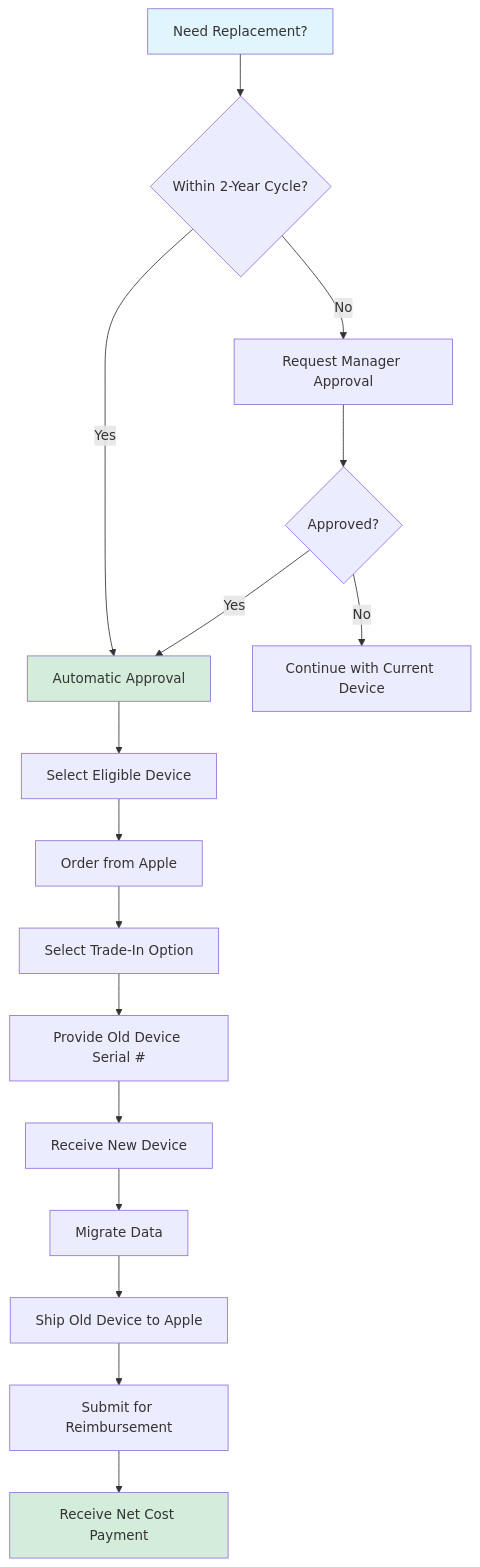
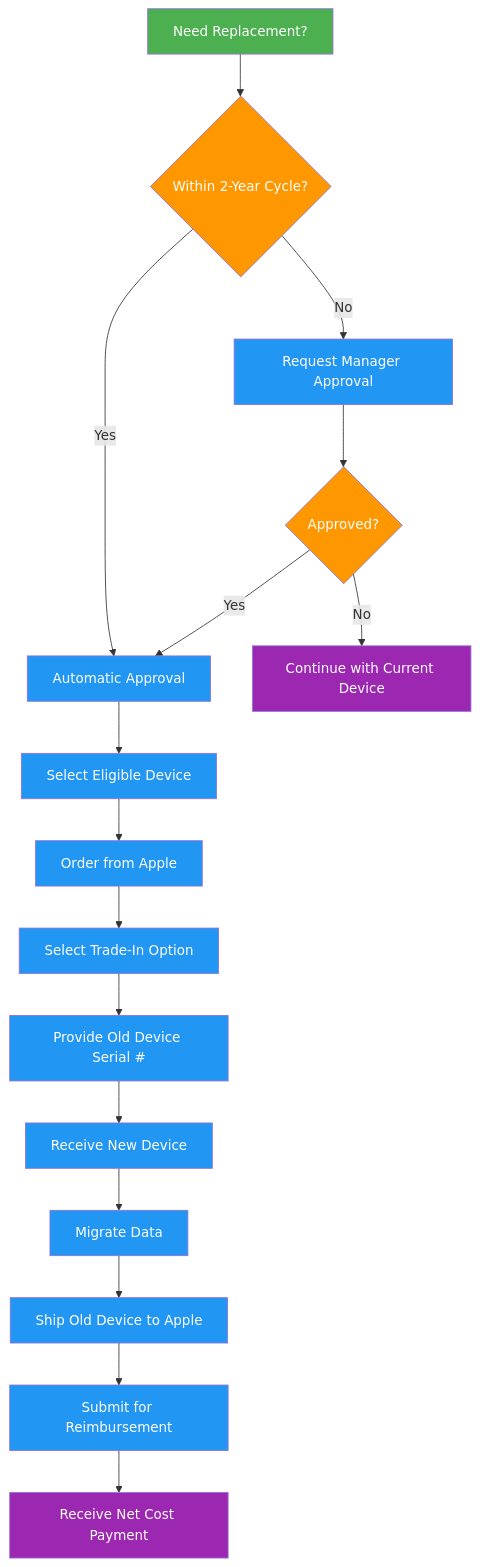
One commit to ultralytics/handbook changed the second of 4 diagrams in docs/en/tools/hardware.md. Above: the diagram before and after it, drawn with Mermaid. The commit also changed other lines of this file and 16 other files, not shown here.

Commit message:
Standardize Mermaid diagram colors (#302)

````diff
--- a/docs/en/tools/hardware.md
+++ b/docs/en/tools/hardware.md
@@ -127,22 +127,23 @@
 ```mermaid
 flowchart TD
-    A[Need Replacement?] --> B{Within 2-Year Cycle?}
-    B -->|Yes| C[Automatic Approval]
-    B -->|No| D[Request Manager Approval]
-    D --> E{Approved?}
-    E -->|No| F[Continue with Current Device]
+    A[Need Replacement?]:::start --> B{Within 2-Year Cycle?}:::decide
+    B -->|Yes| C[Automatic Approval]:::proc
+    B -->|No| D[Request Manager Approval]:::proc
+    D --> E{Approved?}:::decide
+    E -->|No| F[Continue with Current Device]:::out
     E -->|Yes| C
-    C --> G[Select Eligible Device]
-    G --> H[Order from Apple]
-    H --> I[Select Trade-In Option]
-    I --> J[Provide Old Device Serial #]
-    J --> K[Receive New Device]
-    K --> L[Migrate Data]
-    L --> M[Ship Old Device to Apple]
-    M --> N[Submit for Reimbursement]
-    N --> O[Receive Net Cost Payment]
+    C --> G[Select Eligible Device]:::proc
+    G --> H[Order from Apple]:::proc
+    H --> I[Select Trade-In Option]:::proc
+    I --> J[Provide Old Device Serial #]:::proc
+    J --> K[Receive New Device]:::proc
+    K --> L[Migrate Data]:::proc
+    L --> M[Ship Old Device to Apple]:::proc
+    M --> N[Submit for Reimbursement]:::proc
+    N --> O[Receive Net Cost Payment]:::out
 
-    style A fill:#e1f5ff
-    style C fill:#d4edda
-    style O fill:#d4edda
+    classDef start fill:#4CAF50,color:#fff
+    classDef proc fill:#2196F3,color:#fff
+    classDef decide fill:#FF9800,color:#fff
+    classDef out fill:#9C27B0,color:#fff
 ```
````
